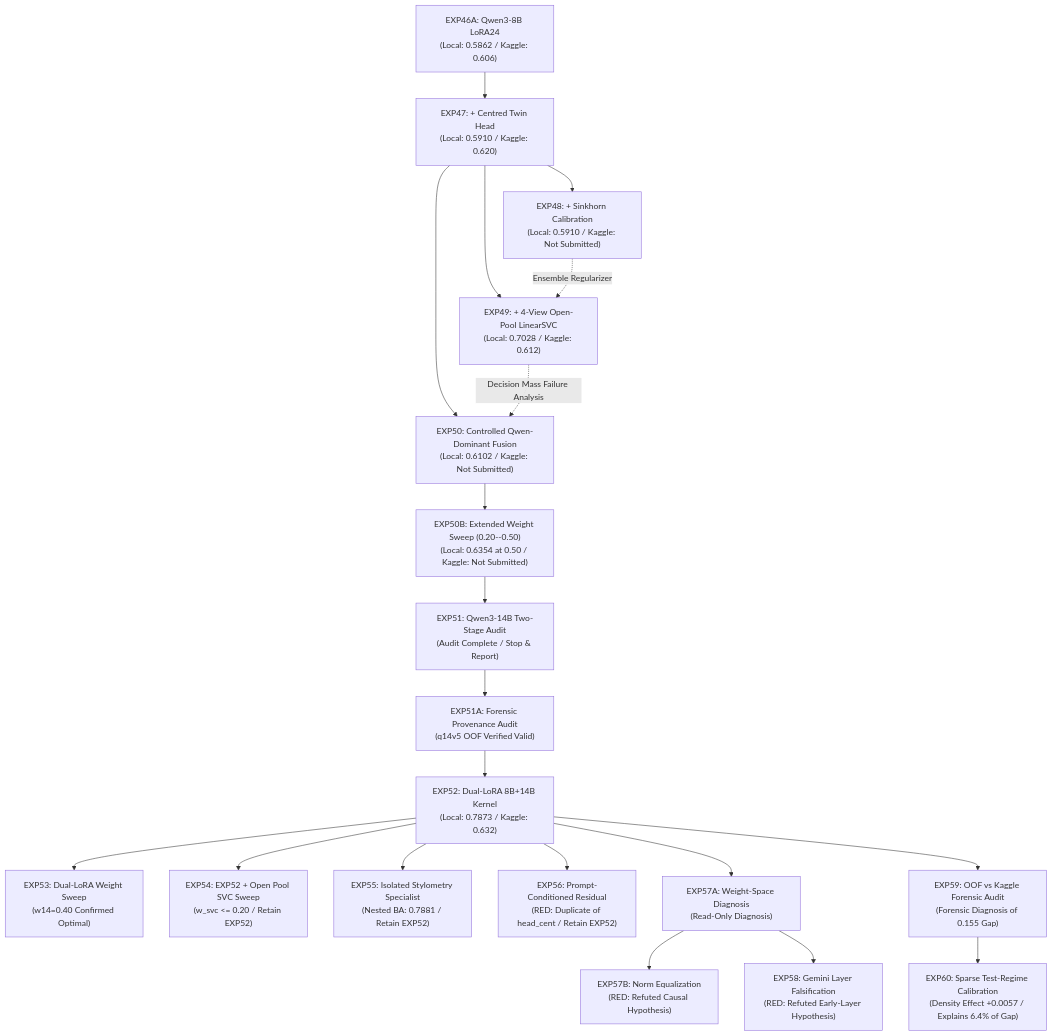
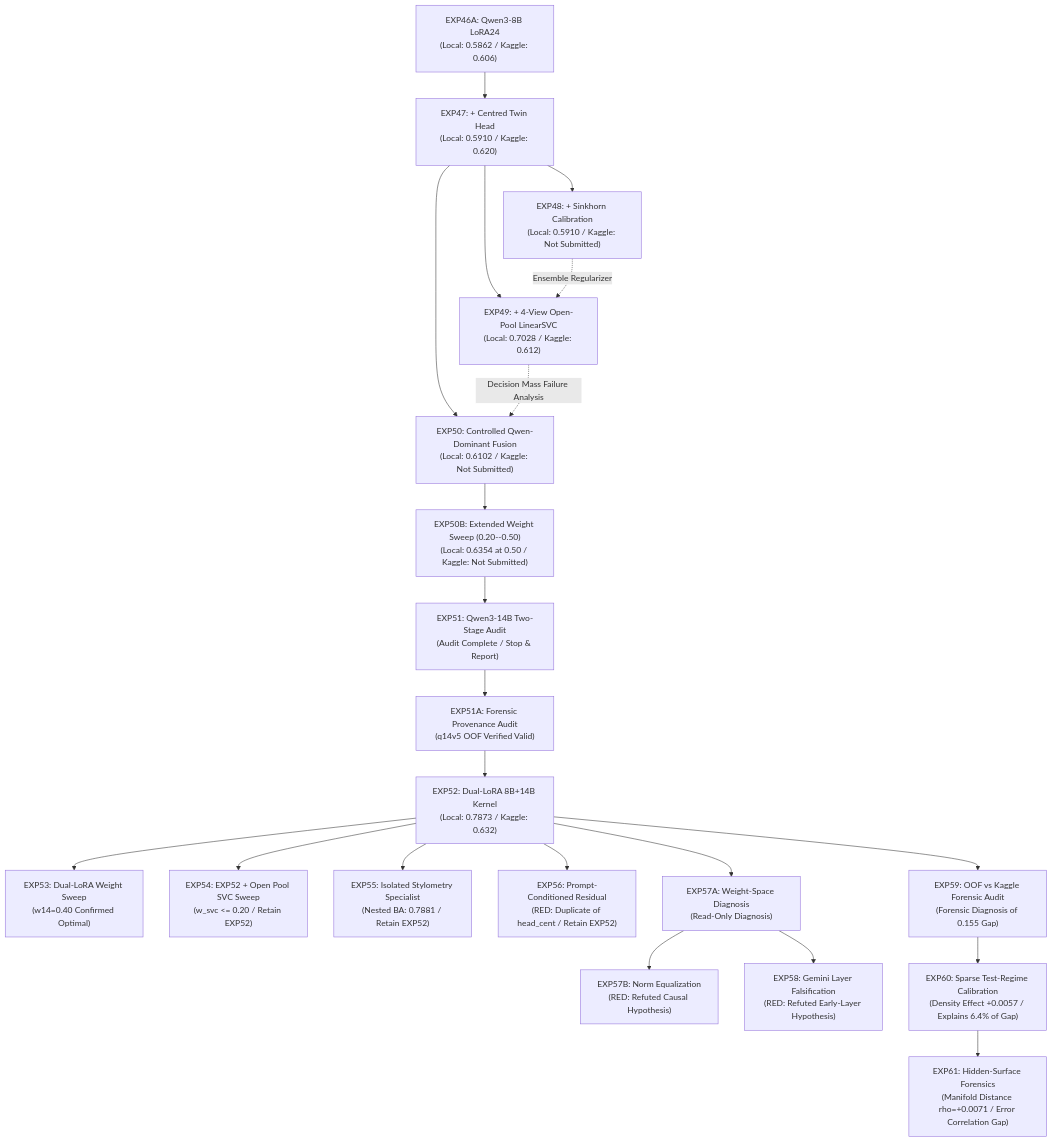
One commit to jbjoyk/name-the-llm changed the diagram in EXPERIMENT_INDEX.md. Above: the diagram before and after it, drawn with Mermaid. The commit also changed other lines of this file and 33 other files, not shown here.

Commit message:
exp61: diagnose hidden surface and representation shift

````diff
--- a/EXPERIMENT_INDEX.md
+++ b/EXPERIMENT_INDEX.md
@@ -9,22 +9,23 @@
 ```mermaid
 flowchart TD
     EXP46A["EXP46A: Qwen3-8B LoRA24<br/>(Local: 0.5862 / Kaggle: 0.606)"] --> EXP47["EXP47: + Centred Twin Head<br/>(Local: 0.5910 / Kaggle: 0.620)"]
     EXP47 --> EXP48["EXP48: + Sinkhorn Calibration<br/>(Local: 0.5910 / Kaggle: Not Submitted)"]
     EXP47 --> EXP49["EXP49: + 4-View Open-Pool LinearSVC<br/>(Local: 0.7028 / Kaggle: 0.612)"]
     EXP48 -.->|"Ensemble Regularizer"| EXP49
     EXP47 --> EXP50["EXP50: Controlled Qwen-Dominant Fusion<br/>(Local: 0.6102 / Kaggle: Not Submitted)"]
     EXP49 -.->|"Decision Mass Failure Analysis"| EXP50
     EXP50 --> EXP50B["EXP50B: Extended Weight Sweep (0.20--0.50)<br/>(Local: 0.6354 at 0.50 / Kaggle: Not Submitted)"]
     EXP50B --> EXP51["EXP51: Qwen3-14B Two-Stage Audit<br/>(Audit Complete / Stop & Report)"]
     EXP51 --> EXP51A["EXP51A: Forensic Provenance Audit<br/>(q14v5 OOF Verified Valid)"]
     EXP51A --> EXP52["EXP52: Dual-LoRA 8B+14B Kernel<br/>(Local: 0.7873 / Kaggle: 0.632)"]
     EXP52 --> EXP53["EXP53: Dual-LoRA Weight Sweep<br/>(w14=0.40 Confirmed Optimal)"]
     EXP52 --> EXP54["EXP54: EXP52 + Open Pool SVC Sweep<br/>(w_svc <= 0.20 / Retain EXP52)"]
     EXP52 --> EXP55["EXP55: Isolated Stylometry Specialist<br/>(Nested BA: 0.7881 / Retain EXP52)"]
     EXP52 --> EXP56["EXP56: Prompt-Conditioned Residual<br/>(RED: Duplicate of head_cent / Retain EXP52)"]
     EXP52 --> EXP57A["EXP57A: Weight-Space Diagnosis<br/>(Read-Only Diagnosis)"]
     EXP57A --> EXP57B["EXP57B: Norm Equalization<br/>(RED: Refuted Causal Hypothesis)"]
     EXP57A --> EXP58["EXP58: Gemini Layer Falsification<br/>(RED: Refuted Early-Layer Hypothesis)"]
     EXP52 --> EXP59["EXP59: OOF vs Kaggle Forensic Audit<br/>(Forensic Diagnosis of 0.155 Gap)"]
     EXP59 --> EXP60["EXP60: Sparse Test-Regime Calibration<br/>(Density Effect +0.0057 / Explains 6.4% of Gap)"]
+    EXP60 --> EXP61["EXP61: Hidden-Surface Forensics<br/>(Manifold Distance rho=+0.0071 / Error Correlation Gap)"]
 ```
````
